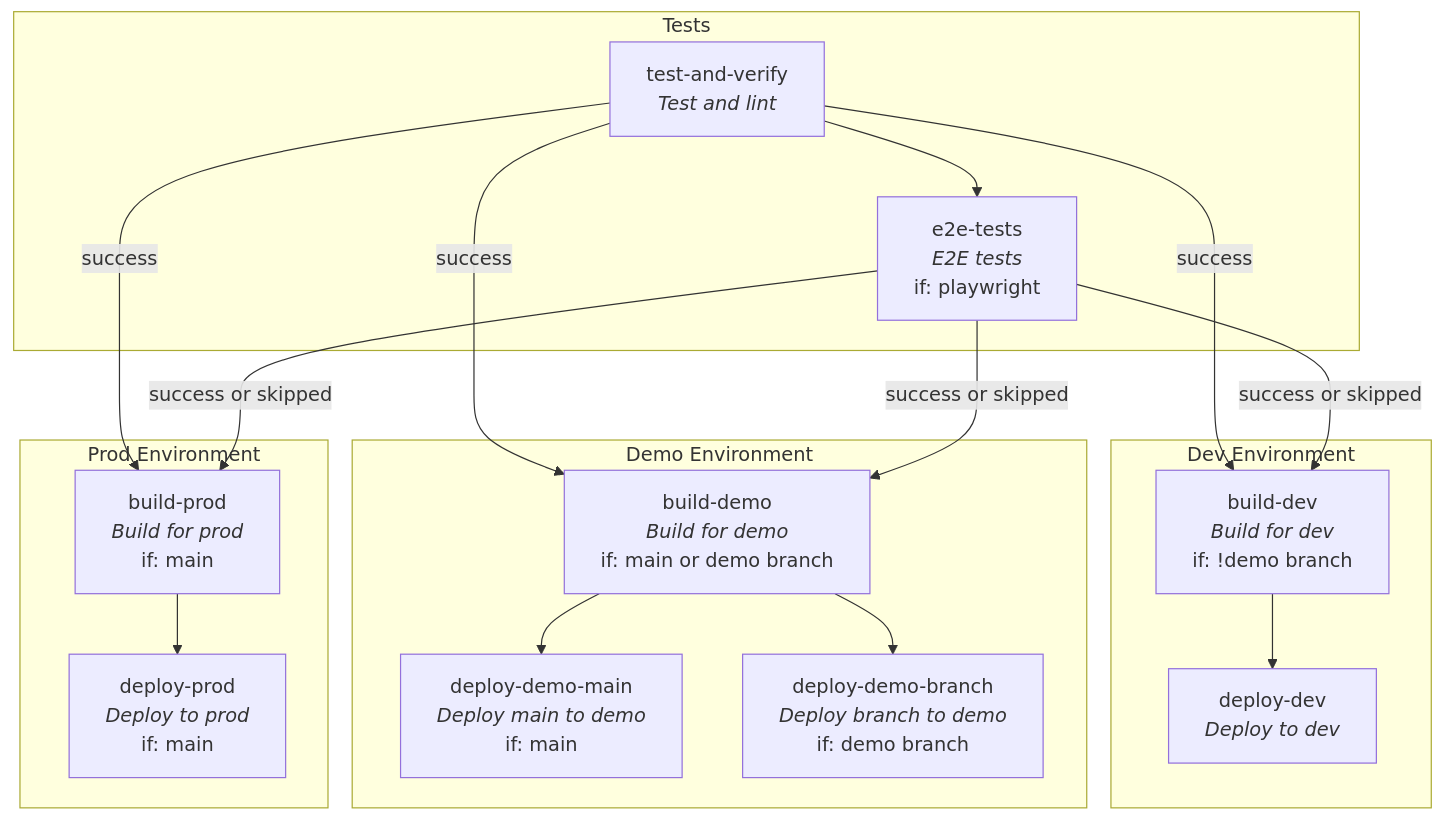
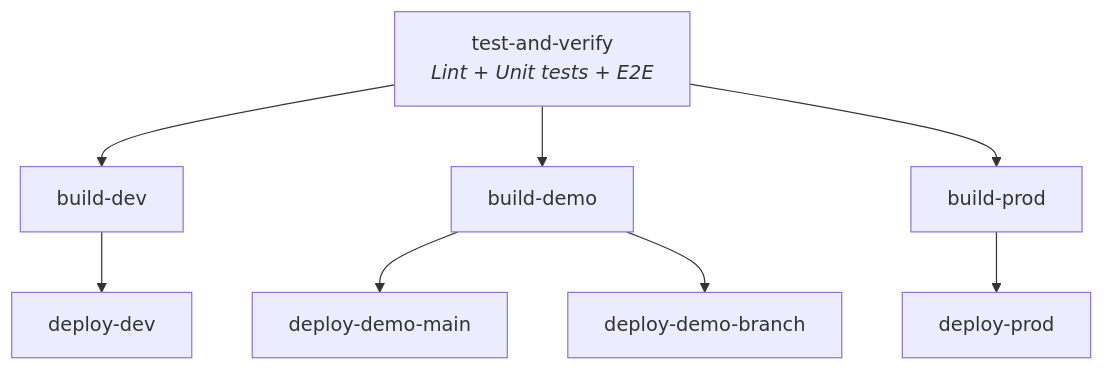
Before and after one commit to navikt/teamesyfo-github-actions-workflows: the diagram in README.md, drawn with Mermaid. The commit also changed 2 other files, not shown here.

Commit message:
chore: pr feedback

````diff
--- a/README.md
+++ b/README.md
@@ -9,35 +9,10 @@
 ```mermaid
 flowchart TD
-    subgraph Tests
-        A[test-and-verify<br><i>Test and lint</i>]
-        B[e2e-tests<br><i>E2E tests</i><br>if: playwright]
-    end
-
-    subgraph "Dev Environment"
-        C[build-dev<br><i>Build for dev</i><br>if: !demo branch]
-        D[deploy-dev<br><i>Deploy to dev</i>]
-    end
-
-    subgraph "Demo Environment"
-        E[build-demo<br><i>Build for demo</i><br>if: main or demo branch]
-        F[deploy-demo-main<br><i>Deploy main to demo</i><br>if: main]
-        G[deploy-demo-branch<br><i>Deploy branch to demo</i><br>if: demo branch]
-    end
-
-    subgraph "Prod Environment"
-        H[build-prod<br><i>Build for prod</i><br>if: main]
-        I[deploy-prod<br><i>Deploy to prod</i><br>if: main]
-    end
-
-    A --> B
-    A -->|success| C
-    A -->|success| E
-    A -->|success| H
-    B -->|success or skipped| C
-    B -->|success or skipped| E
-    B -->|success or skipped| H
-    C --> D
-    E --> F
-    E --> G
-    H --> I
+    A[test-and-verify<br><i>Lint + Unit tests + E2E</i>] --> B[build-dev]
+    A --> C[build-demo]
+    A --> D[build-prod]
+    B --> E[deploy-dev]
+    C --> F[deploy-demo-main]
+    C --> G[deploy-demo-branch]
+    D --> H[deploy-prod]
 ```
````
